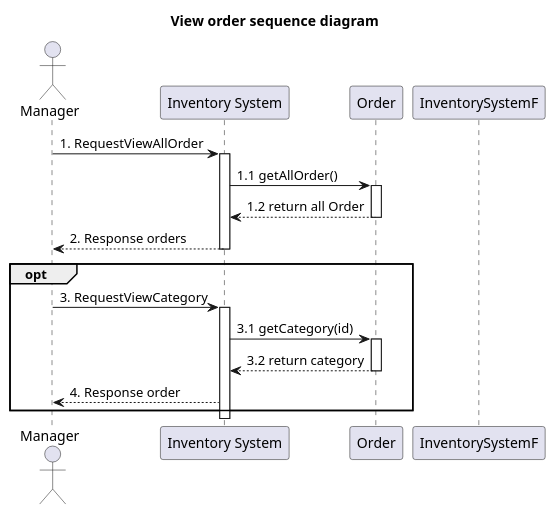
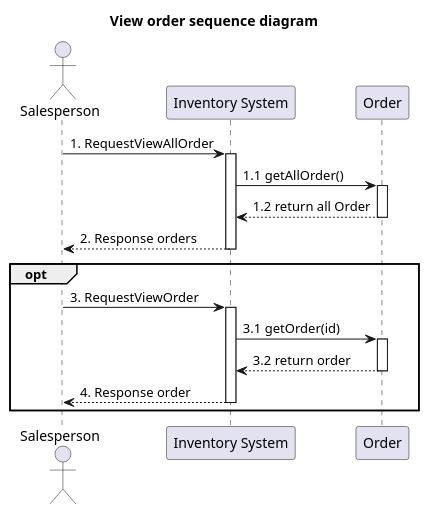
Before and after one commit to billowdev/inventory-system-plantuml-sequelize-seeder-example: the diagram in system-analysis/sequence/_4_1_sequence-view-order.puml, drawn with PlantUML.

```diff
--- a/system-analysis/sequence/_4_1_sequence-view-order.puml
+++ b/system-analysis/sequence/_4_1_sequence-view-order.puml
@@ -1,48 +1,51 @@
 @startuml
 'example
 title View order sequence diagram
 
-actor Manager as actorManager
+actor Salesperson as actorSalesperson
 participant "Inventory System" as InventorySystem
 'participant "Inventory" as classInventory
 participant "Order" as classOrder
 
-
-actorManager -> InventorySystem: 1. RequestViewAllOrder
+actorSalesperson -> InventorySystem: 1. RequestViewAllOrder
 activate InventorySystem
 
 '-------------- START view product ---------------
 InventorySystem -> classOrder: 1.1 getAllOrder()
 activate classOrder
 
 classOrder --> InventorySystem: 1.2 return all Order
 deactivate classOrder
 
 
 '-------------- END view product ---------------
 
-InventorySystem --> actorManager : 2. Response orders
+InventorySystem --> actorSalesperson : 2. Response orders
 
 deactivate InventorySystem
 
 
 opt
-actorManager -> InventorySystem: 3. RequestViewCategory
+actorSalesperson -> InventorySystem: 3. RequestViewOrder
 activate InventorySystem
 
 '-------------- START view product ---------------
-InventorySystem -> classOrder: 3.1 getCategory(id)
+InventorySystem -> classOrder: 3.1 getOrder(id)
 activate classOrder
 
-classOrder --> InventorySystem: 3.2 return category
+classOrder --> InventorySystem: 3.2 return order
 deactivate classOrder
 
 
 '-------------- END view product ---------------
 
-InventorySystem --> actorManager : 4. Response order
+InventorySystem --> actorSalesperson : 4. Response order
 
-deactivate InventorySystemF
+deactivate InventorySystem
 end
 
+
+
+
+
 @enduml
```
